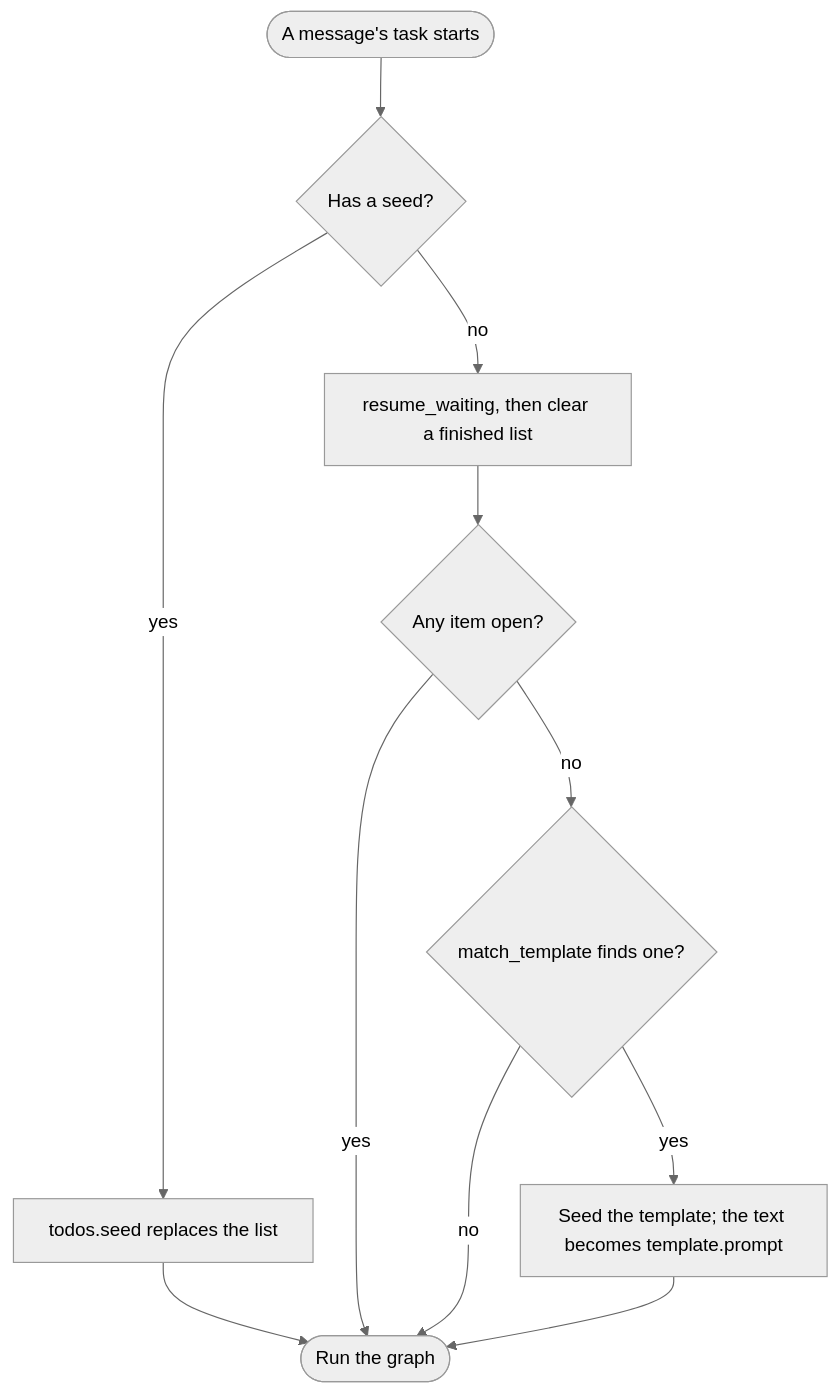
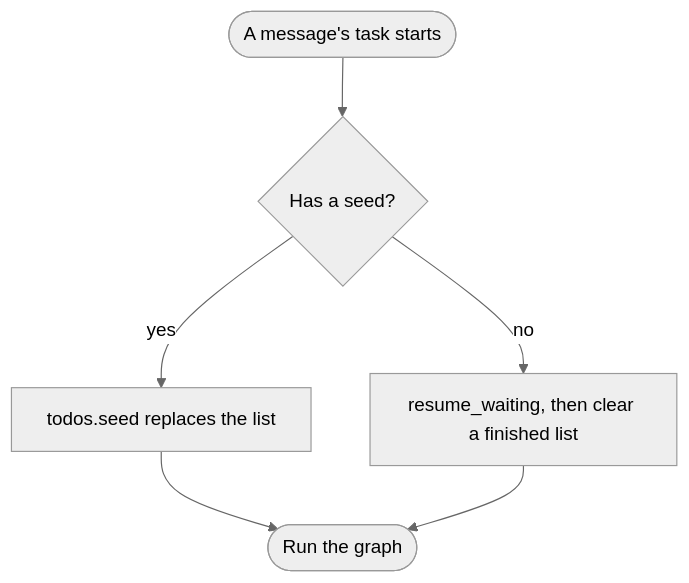
One commit to EIC-Robocup-2026/walkie-agent-ros changed the diagram in docs/learn/seeding.md. Above: the diagram before and after it, drawn with Mermaid (neutral theme). The commit also changed other lines of this file and 11 other files, not shown here.

````diff
--- a/docs/learn/seeding.md
+++ b/docs/learn/seeding.md
@@ -64,11 +63,6 @@
 ```mermaid
 flowchart TD
     start([A message's task starts]) --> seeded{Has a seed?}
     seeded -- yes --> seed[todos.seed replaces the list] --> run([Run the graph])
-    seeded -- no --> resume[resume_waiting, then clear a finished list]
-    resume --> open{Any item open?}
-    open -- yes --> run
-    open -- no --> match{match_template finds one?}
-    match -- no --> run
-    match -- yes --> tseed[Seed the template; the text becomes template.prompt] --> run
+    seeded -- no --> resume[resume_waiting, then clear a finished list] --> run
 ```
````
